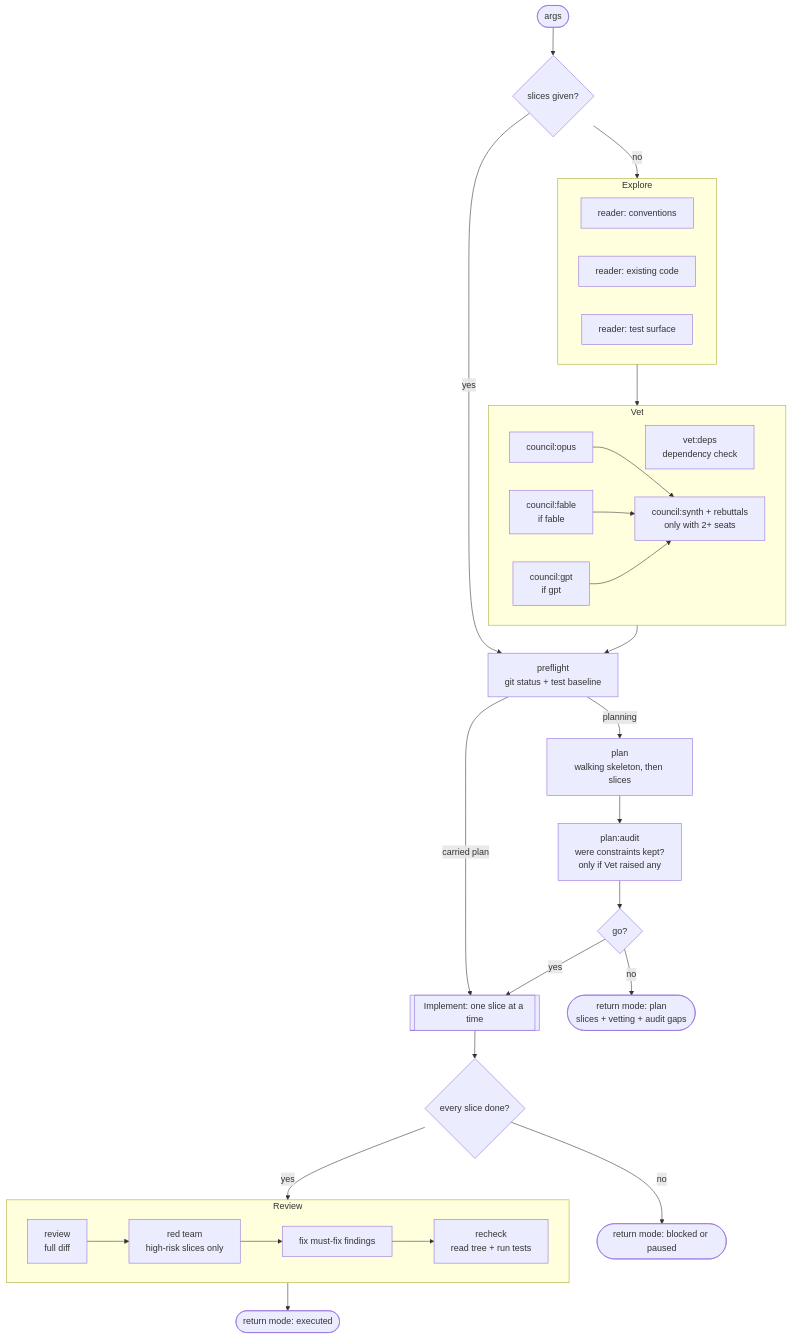
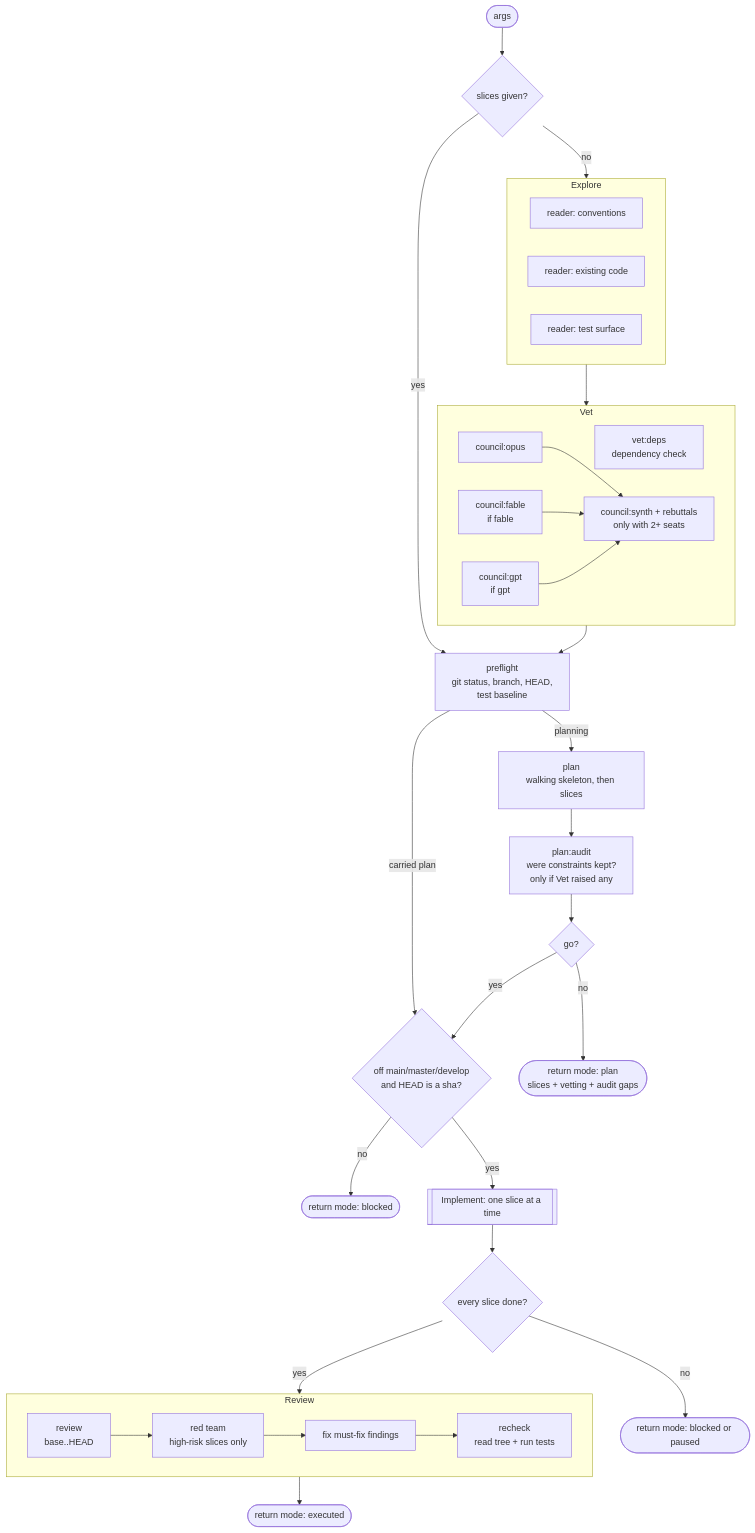
Before and after one commit to Asgarrrr/dotfiles: the first of 3 diagrams in .agents/claude/workflows/big-feature.md, drawn with Mermaid. The commit also changed other lines of this file and 2 other files, not shown here.

````diff
--- a/.agents/claude/workflows/big-feature.md
+++ b/.agents/claude/workflows/big-feature.md
@@ -20,49 +20,51 @@
 ```mermaid
 flowchart TD
     start([args]) --> carried{slices given?}
 
     carried -- no --> explore
     carried -- yes --> preflight
 
     subgraph explore [Explore]
         e1[reader: conventions]
         e2[reader: existing code]
         e3[reader: test surface]
     end
 
     explore --> vet
 
     subgraph vet [Vet]
         deps[vet:deps<br/>dependency check]
         opus[council:opus]
         fable[council:fable<br/>if fable]
         gpt[council:gpt<br/>if gpt]
         synth[council:synth + rebuttals<br/>only with 2+ seats]
         opus --> synth
         fable --> synth
         gpt --> synth
     end
 
-    vet --> preflight[preflight<br/>git status + test baseline]
+    vet --> preflight[preflight<br/>git status, branch, HEAD,<br/>test baseline]
     preflight -- planning --> plan[plan<br/>walking skeleton, then slices]
-    preflight -- carried plan --> impl
+    preflight -- carried plan --> branchGate
     plan --> audit[plan:audit<br/>were constraints kept?<br/>only if Vet raised any]
     audit --> gate{go?}
 
     gate -- no --> planOut([return mode: plan<br/>slices + vetting + audit gaps])
-    gate -- yes --> impl
+    gate -- yes --> branchGate{off main/master/develop<br/>and HEAD is a sha?}
+    branchGate -- no --> branchOut([return mode: blocked])
+    branchGate -- yes --> impl
 
     impl[[Implement: one slice at a time]] --> allDone{every slice done?}
     allDone -- no --> stopOut([return mode: blocked or paused])
     allDone -- yes --> review
 
     subgraph review [Review]
-        rv[review<br/>full diff]
+        rv[review<br/>base..HEAD]
         red[red team<br/>high-risk slices only]
         fix[fix must-fix findings]
         recheck[recheck<br/>read tree + run tests]
         rv --> red --> fix --> recheck
     end
 
     review --> execOut([return mode: executed])
 ```
````
